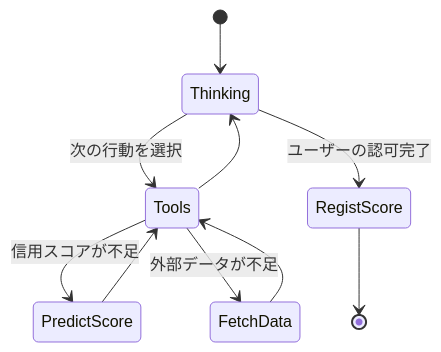
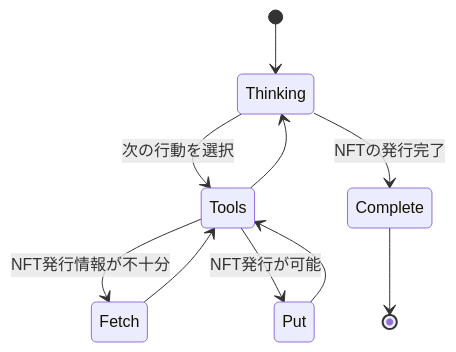
One commit to C0A21130/contract-agent changed the diagram in README.md. Above: the diagram before and after it, drawn with Mermaid. The commit also changed 1 other file, not shown here.

Commit message:
Update README to reflect new NFT issuance flow and add tool calling diagram

````diff
--- a/README.md
+++ b/README.md
@@ -20,12 +20,12 @@
 ```mermaid
 stateDiagram-v2
     [*] --> Thinking
     Thinking --> Tools : 次の行動を選択
     Tools --> Thinking
-    Tools --> PredictScore : 信用スコアが不足
-    PredictScore --> Tools
-    Tools --> FetchData : 外部データが不足
-    FetchData --> Tools
-    Thinking --> RegistScore : ユーザーの認可完了
-    RegistScore --> [*]
+    Tools --> Fetch : NFT発行情報が不十分
+    Fetch --> Tools
+    Tools --> Put : NFT発行が可能
+    Put --> Tools
+    Thinking --> Complete: NFTの発行完了
+    Complete --> [*]
 ```
````
